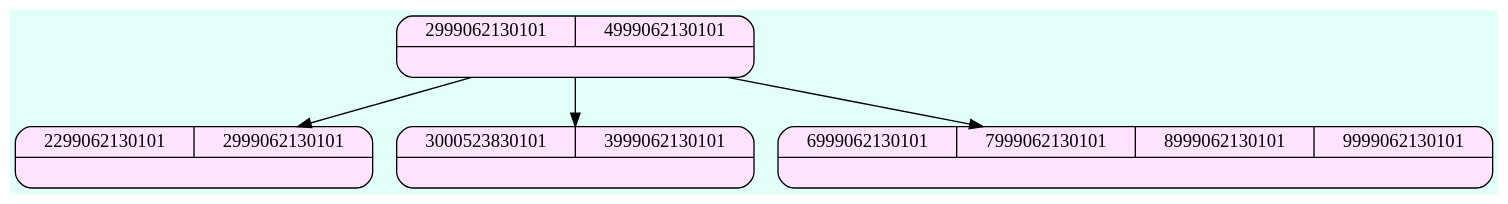
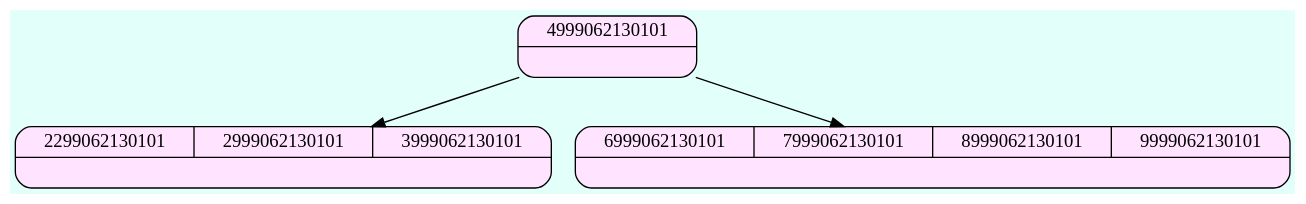
One commit to Serch-ING/EDD_UDRAWING_202000119 changed the diagram in FASE 2/Grafico/Admin_Btree_Clients.dot. Above: the diagram before and after it, drawn with Graphviz. The commit also changed 10 other files, not shown here.

```diff
--- a/FASE 2/Grafico/Admin_Btree_Clients.dot
+++ b/FASE 2/Grafico/Admin_Btree_Clients.dot
@@ -1,12 +1,10 @@
 digraph structs {
   bgcolor = "#E3FFFA"
  node [shape=Mrecord fillcolor="#FFE3FF" style =filled];
-struct377908872[label="{{2999062130101| 4999062130101}|<here>}"];
-struct443185546[label="{{2299062130101| 2999062130101}|<here>}"];
-struct1960816013[label="{{3000523830101| 3999062130101}|<here>}"];
-struct239528265[label="{{6999062130101| 7999062130101| 8999062130101| 9999062130101}|<here>}"];
+struct481199264[label="{{4999062130101}|<here>}"];
+struct77305773[label="{{2299062130101| 2999062130101| 3999062130101}|<here>}"];
+struct994847838[label="{{6999062130101| 7999062130101| 8999062130101| 9999062130101}|<here>}"];
 
-struct377908872->struct443185546;
-struct377908872->struct1960816013;
-struct377908872->struct239528265;
+struct481199264->struct77305773;
+struct481199264->struct994847838;
 }
```
